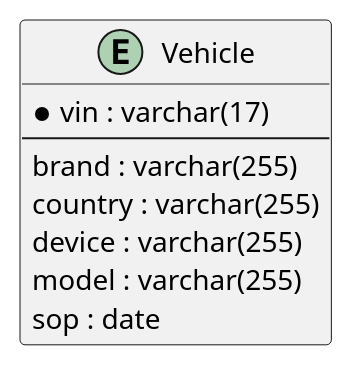
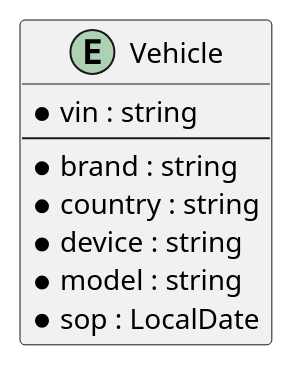
One commit to Dinesh-s95/AutoDoc.ai changed the fourth of 4 diagrams in vehiclemanagement/documentation/detaileddesign.adoc. Above: the diagram before and after it, drawn with PlantUML. The commit also changed other lines of this file and 19 other files, not shown here.

```diff
--- a/vehiclemanagement/documentation/detaileddesign.adoc
+++ b/vehiclemanagement/documentation/detaileddesign.adoc
@@ -129,14 +116,14 @@
 [plantuml, entity-relationship-diagram, png]
-....
+----
 @startuml
 entity "Vehicle" {
-  * vin : varchar(17)
-  ---
-  brand : varchar(255)
-  country : varchar(255)
-  device : varchar(255)
-  model : varchar(255)
-  sop : date
+  * vin : string
+  --
+  * brand : string
+  * country : string
+  * device : string
+  * model : string
+  * sop : LocalDate
 }
 @enduml
-....
+----
```
